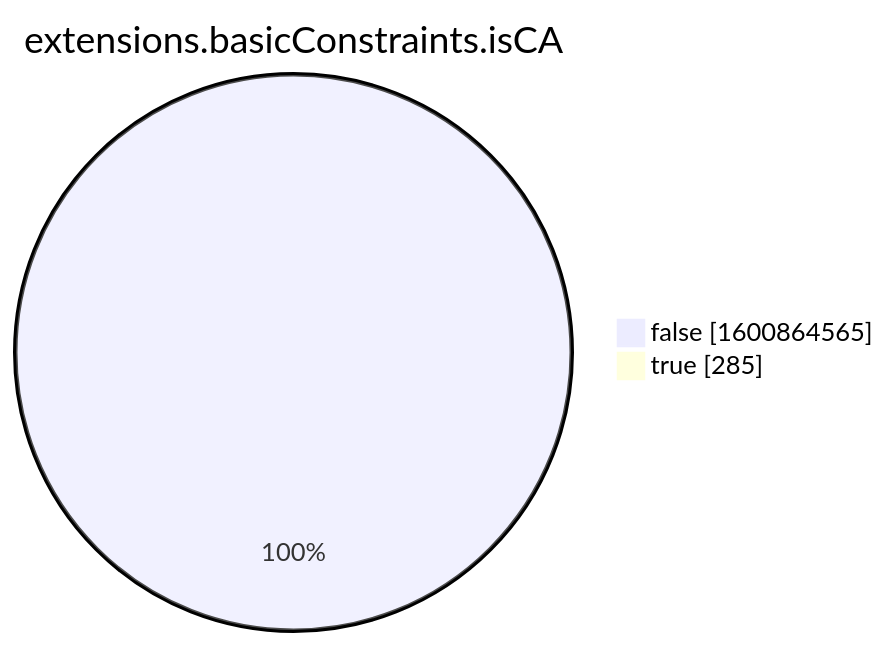
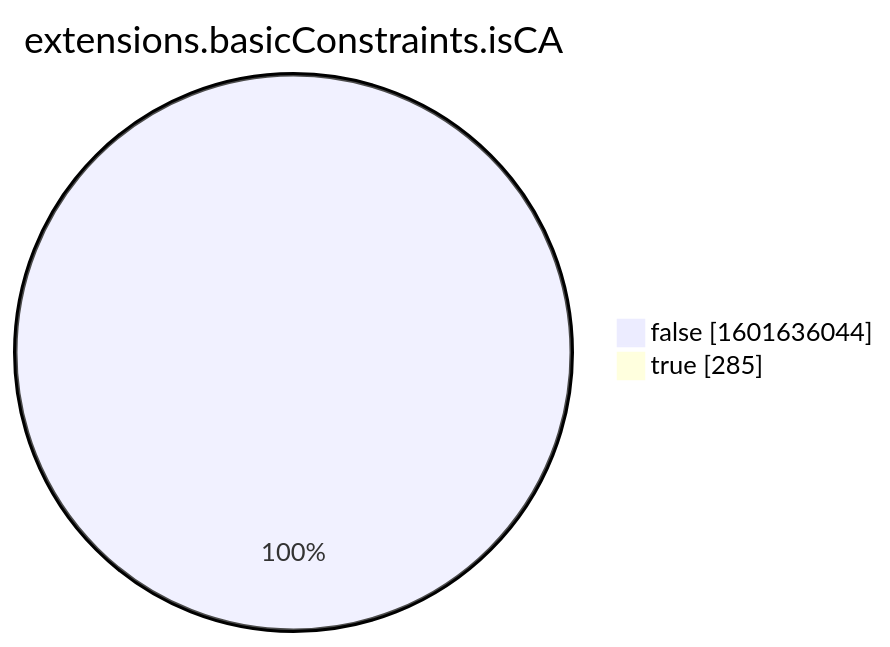
One commit to christiankrug/ctmonitor_visualization changed the eighth of 15 diagrams in xenon2022/README.md. Above: the diagram before and after it, drawn with Mermaid. The commit also changed other lines of this file, not shown here.

````diff
--- a/xenon2022/README.md
+++ b/xenon2022/README.md
@@ -2862,6 +2862,6 @@
 ```mermaid
 pie showData
 title extensions.basicConstraints.isCA
-"false" :1600864565
+"false" :1601636044
 "true" :285
 ```
````
